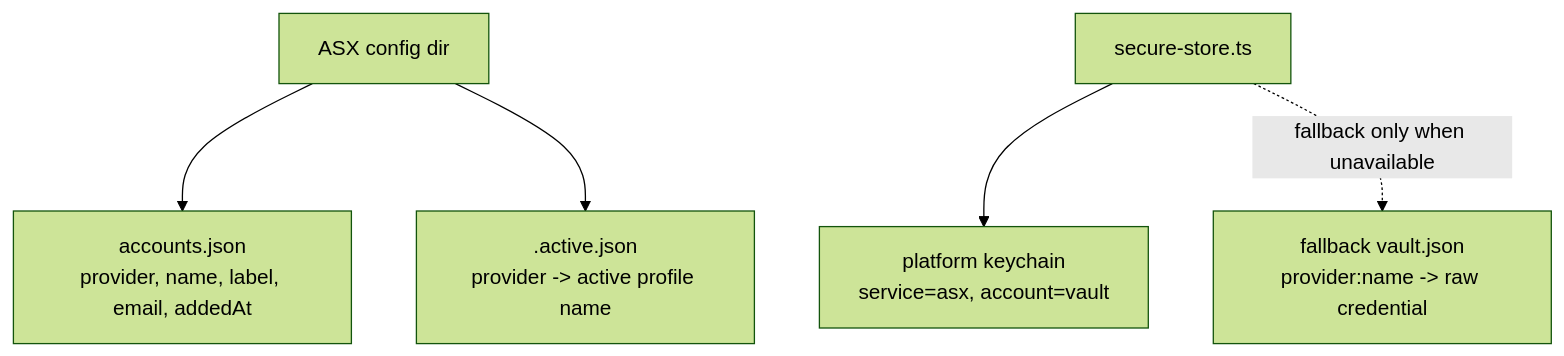
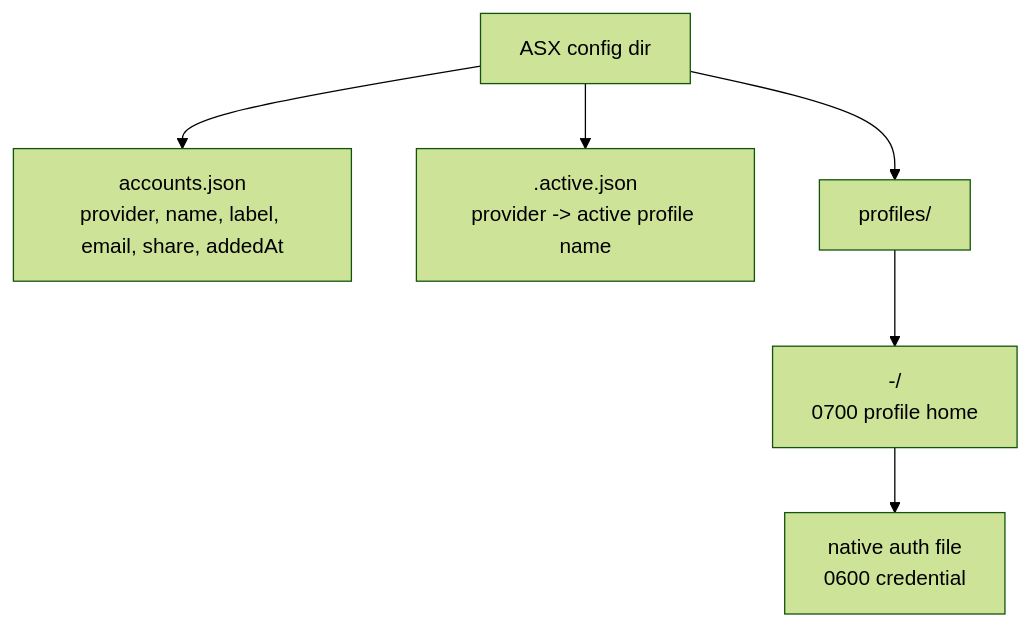
One commit to enif-lee/asx changed the fourth of 9 diagrams in ARCHITECTURE.md. Above: the diagram before and after it, drawn with Mermaid (forest theme). The commit also changed other lines of this file and 15 other files, not shown here.

Commit message:
refactor: store credentials in profile homes

````diff
--- a/ARCHITECTURE.md
+++ b/ARCHITECTURE.md
@@ -98,14 +101,13 @@
 ```mermaid
 flowchart TD
   Config["ASX config dir"]
-  Accounts["accounts.json<br/>provider, name, label, email, addedAt"]
+  Accounts["accounts.json<br/>provider, name, label, email, share, addedAt"]
   Active[".active.json<br/>provider -> active profile name"]
-  SecureStore["secure-store.ts"]
-  Keychain["platform keychain<br/>service=asx, account=vault"]
-  VaultFile["fallback vault.json<br/>provider:name -> raw credential"]
+  Profiles["profiles/"]
+  ProfileHome["<provider>-<name>/<br/>0700 profile home"]
+  Credential["native auth file<br/>0600 credential"]
 
   Config --> Accounts
   Config --> Active
-  SecureStore --> Keychain
-  SecureStore -. "fallback only when unavailable" .-> VaultFile
+  Config --> Profiles --> ProfileHome --> Credential
 ```
````
